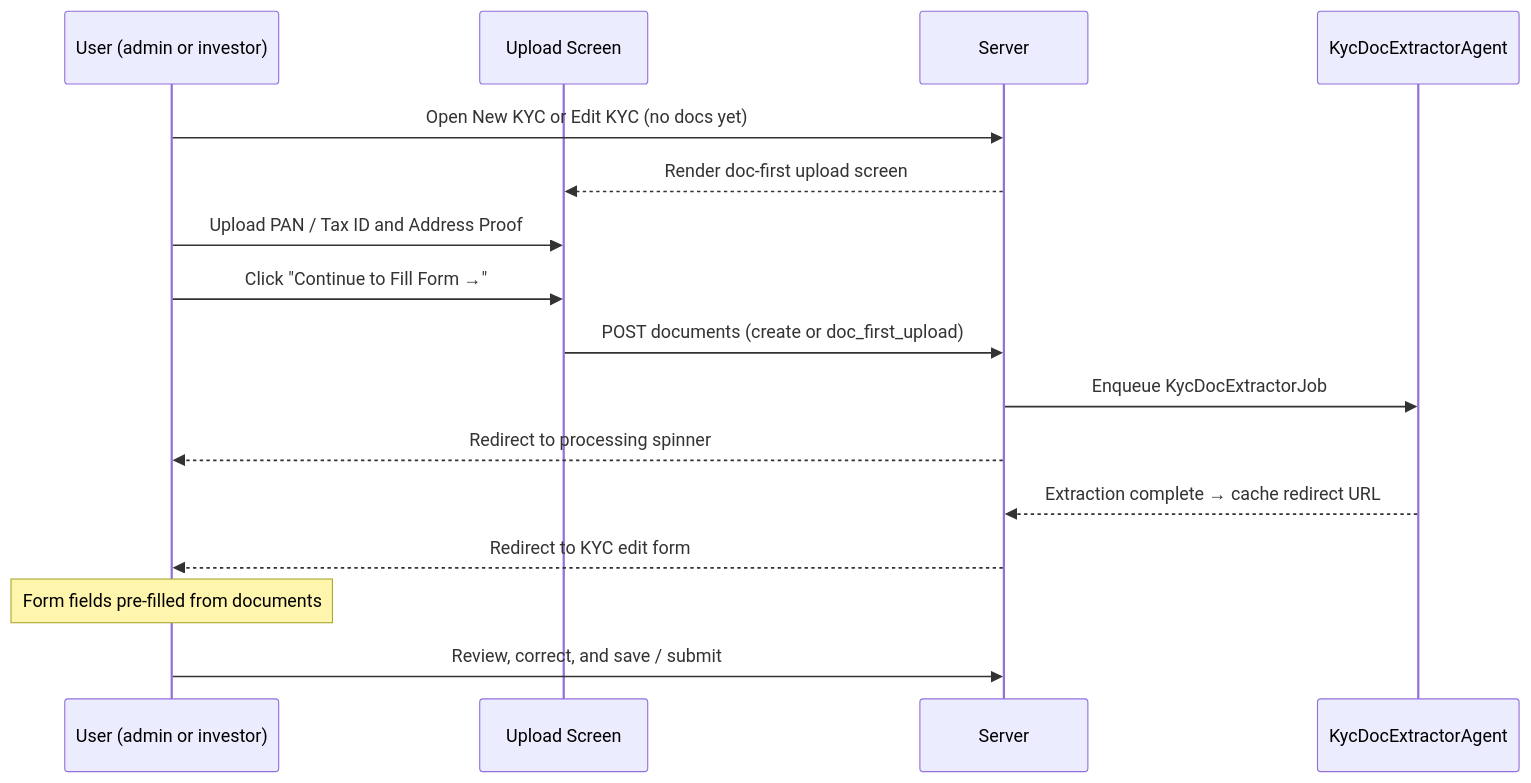
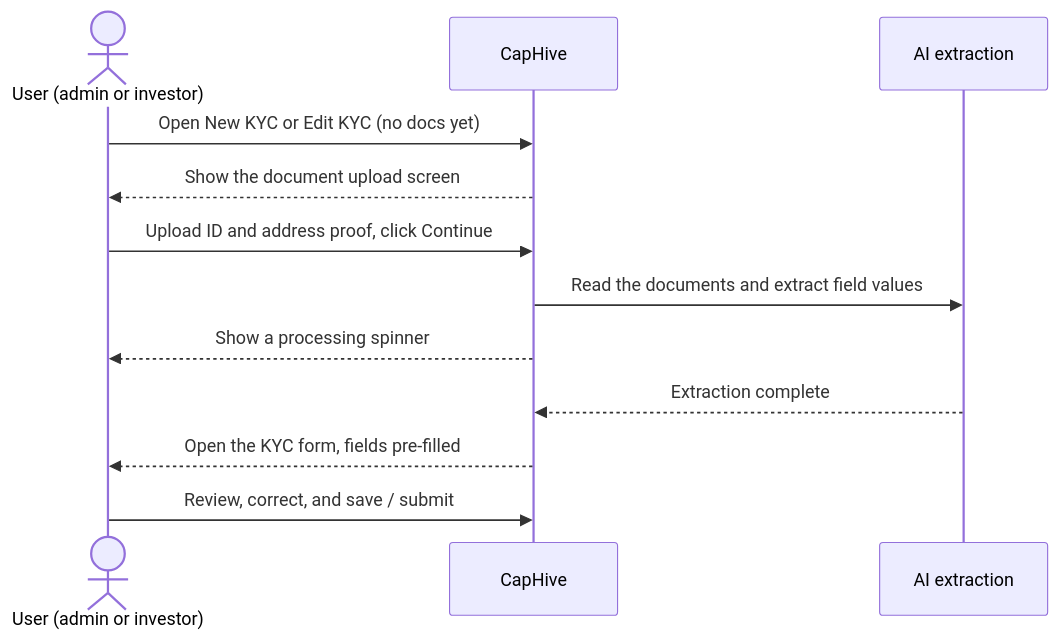
One commit to sampadadiwan/IRM_CompanyMain changed the first of 2 diagrams in docs/user_guides/investor_kyc_user_guide.md. Above: the diagram before and after it, drawn with Mermaid. The commit also changed other lines of this file and 21 other files, not shown here.

````diff
--- a/docs/user_guides/investor_kyc_user_guide.md
+++ b/docs/user_guides/investor_kyc_user_guide.md
@@ -133,22 +134,15 @@
 ```mermaid
 sequenceDiagram
-    participant U as User (admin or investor)
-    participant W as Upload Screen
-    participant S as Server
-    participant AI as KycDocExtractorAgent
+    actor U as User (admin or investor)
+    participant System as CapHive
+    participant AI as AI extraction
 
-    U->>S: Open New KYC or Edit KYC (no docs yet)
-    S-->>W: Render doc-first upload screen
-
-    U->>W: Upload PAN / Tax ID and Address Proof
-    U->>W: Click "Continue to Fill Form →"
-    W->>S: POST documents (create or doc_first_upload)
-    S->>AI: Enqueue KycDocExtractorJob
-    S-->>U: Redirect to processing spinner
-
-    AI-->>S: Extraction complete → cache redirect URL
-    S-->>U: Redirect to KYC edit form
-
-    Note over U: Form fields pre-filled from documents
-    U->>S: Review, correct, and save / submit
+    U->>System: Open New KYC or Edit KYC (no docs yet)
+    System-->>U: Show the document upload screen
+    U->>System: Upload ID and address proof, click Continue
+    System->>AI: Read the documents and extract field values
+    System-->>U: Show a processing spinner
+    AI-->>System: Extraction complete
+    System-->>U: Open the KYC form, fields pre-filled
+    U->>System: Review, correct, and save / submit
 ```
````
